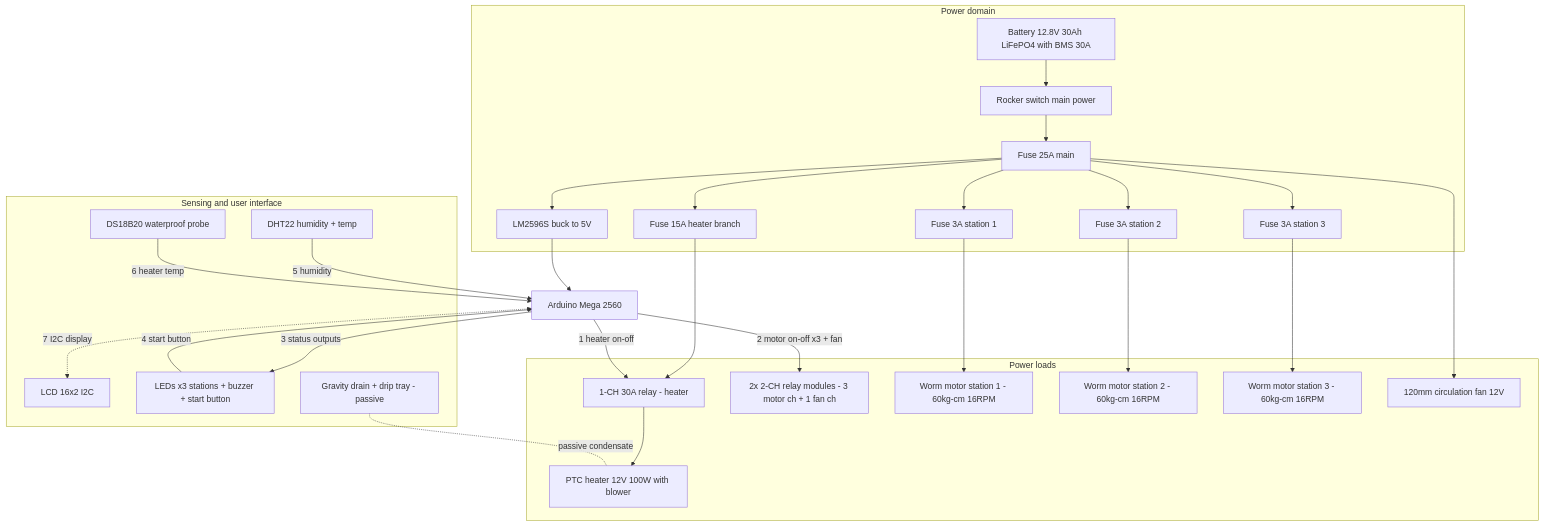
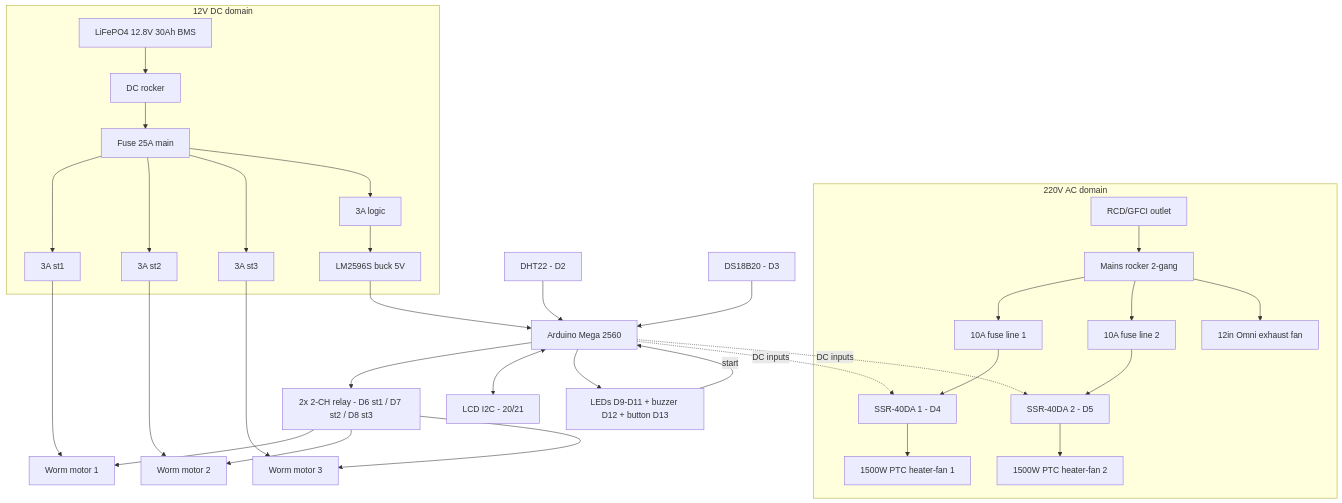
The diagram in docs/BOM.md (qppd/umbrella-dryer-v2), drawn with Mermaid before and after one commit. The commit also changed other lines of this file and 13 other files, not shown here.

First line of the commit message:
Rev 5: move heating to 220V AC mains — 2x 1500W PTC heater-fans via 2x Fotek SSR-40DA, 12" Omni exhaust fan

````diff
--- a/docs/BOM.md
+++ b/docs/BOM.md
@@ -227,49 +182,53 @@
 ```mermaid
 flowchart TB
-    subgraph POWER["Power domain"]
-        BAT["Battery 12.8V 30Ah LiFePO4 with BMS 30A"]
-        SW["Rocker switch main power"]
+    subgraph AC["220V AC domain"]
+        OUT["RCD/GFCI outlet"]
+        MSW["Mains rocker 2-gang"]
+        MF1["10A fuse line 1"]
+        MF2["10A fuse line 2"]
+        SSR1["SSR-40DA 1 - D4"]
+        SSR2["SSR-40DA 2 - D5"]
+        H1["1500W PTC heater-fan 1"]
+        H2["1500W PTC heater-fan 2"]
+        EFAN["12in Omni exhaust fan"]
+    end
+    subgraph DC["12V DC domain"]
+        BAT["LiFePO4 12.8V 30Ah BMS"]
+        DSW["DC rocker"]
         F1["Fuse 25A main"]
-        F2["Fuse 15A heater branch"]
-        FM1["Fuse 3A station 1"]
-        FM2["Fuse 3A station 2"]
-        FM3["Fuse 3A station 3"]
-        BUCK["LM2596S buck to 5V"]
+        FA["3A st1"] 
+        FB["3A st2"]
+        FC["3A st3"]
+        FL["3A logic"]
+        BUCK["LM2596S buck 5V"]
     end
+    RM["2x 2-CH relay - D6 st1 / D7 st2 / D8 st3"]
+    M1["Worm motor 1"]
+    M2["Worm motor 2"]
+    M3["Worm motor 3"]
+    MEGA["Arduino Mega 2560"]
+    DHT["DHT22 - D2"]
+    DS["DS18B20 - D3"]
+    LCD["LCD I2C - 20/21"]
+    HMI["LEDs D9-D11 + buzzer D12 + button D13"]
 
-    subgraph LOADS["Power loads"]
-        RH["1-CH 30A relay - heater"]
-        PTC["PTC heater 12V 100W with blower"]
-        RM["2x 2-CH relay modules - 3 motor ch + 1 fan ch"]
-        M1["Worm motor station 1 - 60kg-cm 16RPM"]
-        M2["Worm motor station 2 - 60kg-cm 16RPM"]
-        M3["Worm motor station 3 - 60kg-cm 16RPM"]
-        FAN["120mm circulation fan 12V"]
-    end
-
-    subgraph SENSE["Sensing and user interface"]
-        DHT["DHT22 humidity + temp"]
-        DS18B["DS18B20 waterproof probe"]
-        LCD["LCD 16x2 I2C"]
-        HMI["LEDs x3 stations + buzzer + start button"]
-        DRAIN["Gravity drain + drip tray - passive"]
-    end
-
-    MEGA["Arduino Mega 2560"]
-
-    BAT --> SW --> F1
-    F1 --> F2 --> RH --> PTC
-    F1 --> FM1 --> M1
-    F1 --> FM2 --> M2
-    F1 --> FM3 --> M3
-    F1 --> FAN
-    F1 --> BUCK --> MEGA
-    MEGA -- "1 heater on-off" --> RH
-    MEGA -- "2 motor on-off x3 + fan" --> RM
-    MEGA -- "3 status outputs" --> HMI
-    HMI -- "4 start button" --> MEGA
-    DHT -- "5 humidity" --> MEGA
-    DS18B -- "6 heater temp" --> MEGA
-    MEGA <-. "7 I2C display" .-> LCD
-    DRAIN -. "passive condensate" .- PTC
+    OUT --> MSW --> MF1 --> SSR1 --> H1
+    MSW --> MF2 --> SSR2 --> H2
+    MSW --> EFAN
+    MEGA -. "DC inputs" .-> SSR1
+    MEGA -. "DC inputs" .-> SSR2
+    BAT --> DSW --> F1
+    F1 --> FA --> M1
+    F1 --> FB --> M2
+    F1 --> FC --> M3
+    F1 --> FL --> BUCK --> MEGA
+    MEGA --> RM
+    RM --> M1
+    RM --> M2
+    RM --> M3
+    DHT --> MEGA
+    DS --> MEGA
+    MEGA <--> LCD
+    MEGA --> HMI
+    HMI -- "start" --> MEGA
 ```
````
